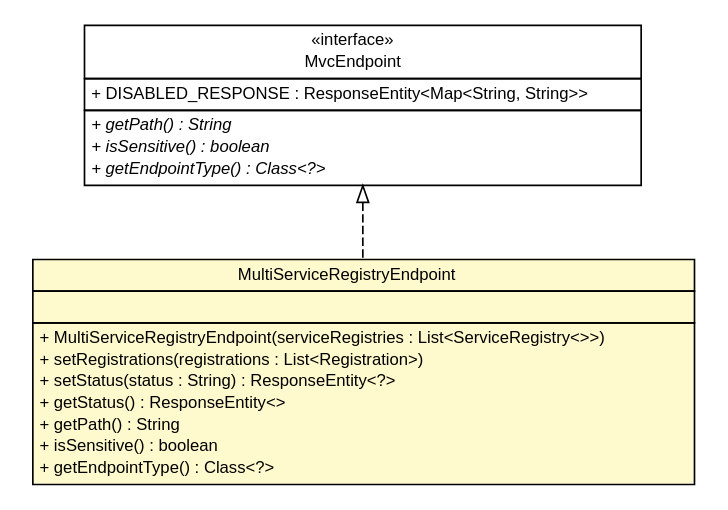
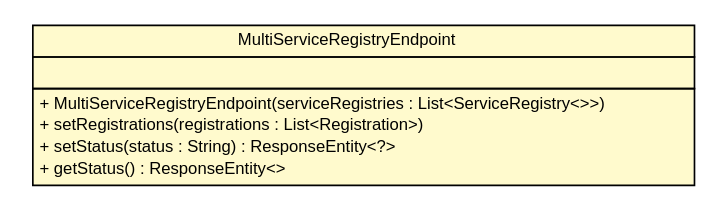
Before and after one commit to sfeng9d/spring-cloud-service-discovery: the diagram in snapshot/build-docker/maven-build-java8/spring-cloud-service-discovery/spring-cloud-multi-registration/apidocs/org/springframework/cloud/client/serviceregistry/endpoint/MultiServiceRegistryEndpoint.dot, drawn with Graphviz. The commit also changed 92 other files, not shown here.

Commit message:
Creating site for spring-cloud-multi-registration-2.0.1-springboot2-SNAPSHOT

```diff
--- a/snapshot/build-docker/maven-build-java8/spring-cloud-service-discovery/spring-cloud-multi-registration/apidocs/org/springframework/cloud/client/serviceregistry/endpoint/MultiServiceRegistryEndpoint.dot
+++ b/snapshot/build-docker/maven-build-java8/spring-cloud-service-discovery/spring-cloud-multi-registration/apidocs/org/springframework/cloud/client/serviceregistry/endpoint/MultiServiceRegistryEndpoint.dot
@@ -1,47 +1,27 @@
 #!/usr/local/bin/dot
 #
 # Class diagram 
 # Generated by UMLGraph version R5_6-24-gf6e263 (http://www.umlgraph.org/)
 #
 
 digraph G {
 	edge [fontname="Helvetica",fontsize=10,labelfontname="Helvetica",labelfontsize=10];
 	node [fontname="Helvetica",fontsize=10,shape=plaintext];
 	nodesep=0.25;
 	ranksep=0.5;
 	// org.springframework.cloud.client.serviceregistry.endpoint.MultiServiceRegistryEndpoint
-	c82 [label=<<table title="org.springframework.cloud.client.serviceregistry.endpoint.MultiServiceRegistryEndpoint" border="0" cellborder="1" cellspacing="0" cellpadding="2" port="p" bgcolor="lemonChiffon" href="./MultiServiceRegistryEndpoint.html">
+	c71 [label=<<table title="org.springframework.cloud.client.serviceregistry.endpoint.MultiServiceRegistryEndpoint" border="0" cellborder="1" cellspacing="0" cellpadding="2" port="p" bgcolor="lemonChiffon" href="./MultiServiceRegistryEndpoint.html">
 		<tr><td><table border="0" cellspacing="0" cellpadding="1">
 <tr><td align="center" balign="center"> MultiServiceRegistryEndpoint </td></tr>
 		</table></td></tr>
 		<tr><td><table border="0" cellspacing="0" cellpadding="1">
 <tr><td align="left" balign="left">  </td></tr>
 		</table></td></tr>
 		<tr><td><table border="0" cellspacing="0" cellpadding="1">
 <tr><td align="left" balign="left"> + MultiServiceRegistryEndpoint(serviceRegistries : List&lt;ServiceRegistry&lt;&gt;&gt;) </td></tr>
 <tr><td align="left" balign="left"> + setRegistrations(registrations : List&lt;Registration&gt;) </td></tr>
 <tr><td align="left" balign="left"> + setStatus(status : String) : ResponseEntity&lt;?&gt; </td></tr>
 <tr><td align="left" balign="left"> + getStatus() : ResponseEntity&lt;&gt; </td></tr>
-<tr><td align="left" balign="left"> + getPath() : String </td></tr>
-<tr><td align="left" balign="left"> + isSensitive() : boolean </td></tr>
-<tr><td align="left" balign="left"> + getEndpointType() : Class&lt;?&gt; </td></tr>
 		</table></td></tr>
 		</table>>, URL="./MultiServiceRegistryEndpoint.html", fontname="Helvetica", fontcolor="black", fontsize=10.0];
-	//org.springframework.cloud.client.serviceregistry.endpoint.MultiServiceRegistryEndpoint implements org.springframework.boot.actuate.endpoint.mvc.MvcEndpoint
-	c83:p -> c82:p [dir=back,arrowtail=empty,style=dashed];
-	// org.springframework.boot.actuate.endpoint.mvc.MvcEndpoint
-	c83 [label=<<table title="org.springframework.boot.actuate.endpoint.mvc.MvcEndpoint" border="0" cellborder="1" cellspacing="0" cellpadding="2" port="p" href="http://java.sun.com/j2se/1.4.2/docs/api/org/springframework/boot/actuate/endpoint/mvc/MvcEndpoint.html">
-		<tr><td><table border="0" cellspacing="0" cellpadding="1">
-<tr><td align="center" balign="center"> &#171;interface&#187; </td></tr>
-<tr><td align="center" balign="center"> MvcEndpoint </td></tr>
-		</table></td></tr>
-		<tr><td><table border="0" cellspacing="0" cellpadding="1">
-<tr><td align="left" balign="left"> + DISABLED_RESPONSE : ResponseEntity&lt;Map&lt;String, String&gt;&gt; </td></tr>
-		</table></td></tr>
-		<tr><td><table border="0" cellspacing="0" cellpadding="1">
-<tr><td align="left" balign="left"><font face="Helvetica-Oblique" point-size="10.0"> + getPath() : String </font></td></tr>
-<tr><td align="left" balign="left"><font face="Helvetica-Oblique" point-size="10.0"> + isSensitive() : boolean </font></td></tr>
-<tr><td align="left" balign="left"><font face="Helvetica-Oblique" point-size="10.0"> + getEndpointType() : Class&lt;?&gt; </font></td></tr>
-		</table></td></tr>
-		</table>>, URL="http://java.sun.com/j2se/1.4.2/docs/api/org/springframework/boot/actuate/endpoint/mvc/MvcEndpoint.html", fontname="Helvetica", fontcolor="black", fontsize=10.0];
 }
```
